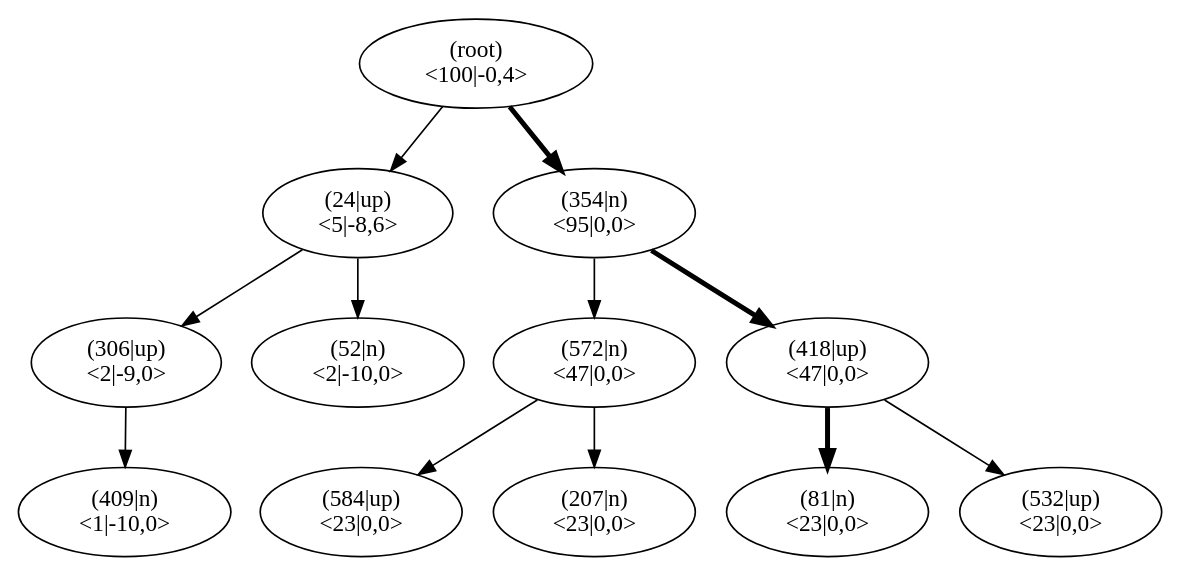
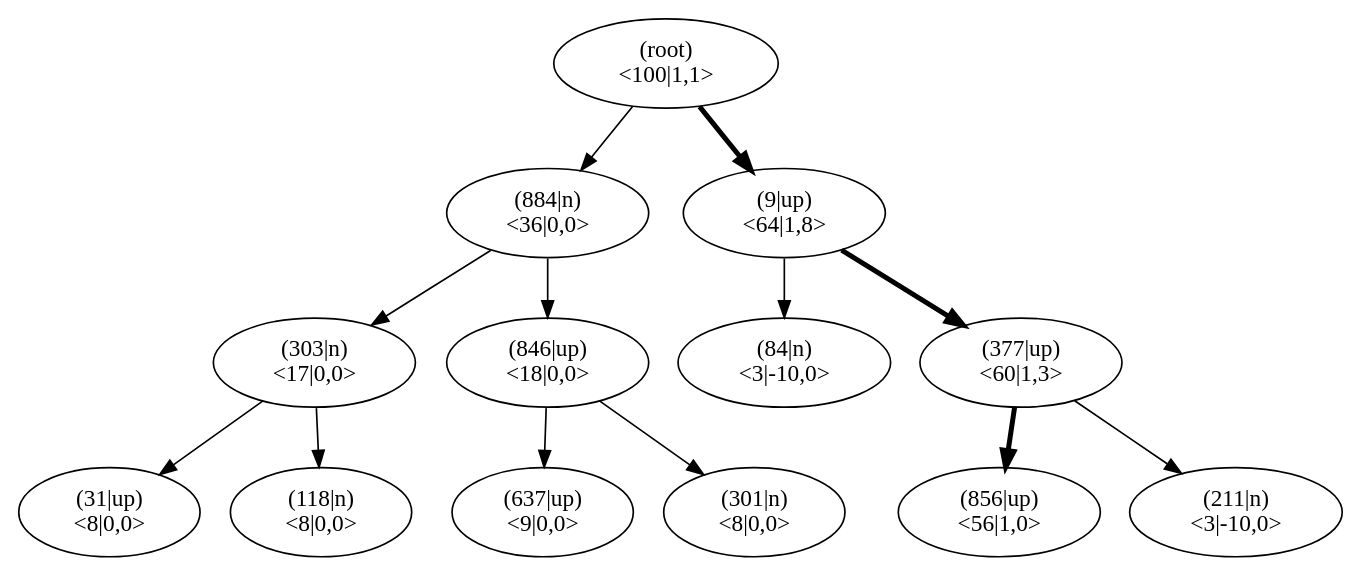
The diagram in pictures/ch13/climb_mctsHUNDREDiterHIGHEXP_NOTDEFBACKUP.dot (JonasHellgren/relexp-java), drawn with Graphviz before and after one commit. The commit also changed 37 other files, not shown here.

```diff
--- a/pictures/ch13/climb_mctsHUNDREDiterHIGHEXP_NOTDEFBACKUP.dot
+++ b/pictures/ch13/climb_mctsHUNDREDiterHIGHEXP_NOTDEFBACKUP.dot
@@ -1,38 +1,41 @@
 digraph MCTS {
 node [shape=ellipse];
 Nroot [label="(root)
-<100|-0,4>"];
-Nroot -> N24[penwidth=1];
-N24 [label="(24|up)
-<5|-8,6>"];
-N24 -> N306[penwidth=1];
-N306 [label="(306|up)
-<2|-9,0>"];
-N306 -> N409[penwidth=1];
-N409 [label="(409|n)
-<1|-10,0>"];
-N24 -> N52[penwidth=1];
-N52 [label="(52|n)
-<2|-10,0>"];
-Nroot -> N354[penwidth=3];
-N354 [label="(354|n)
-<95|0,0>"];
-N354 -> N572[penwidth=1];
-N572 [label="(572|n)
-<47|0,0>"];
-N572 -> N584[penwidth=1];
-N584 [label="(584|up)
-<23|0,0>"];
-N572 -> N207[penwidth=1];
-N207 [label="(207|n)
-<23|0,0>"];
-N354 -> N418[penwidth=3];
-N418 [label="(418|up)
-<47|0,0>"];
-N418 -> N81[penwidth=3];
-N81 [label="(81|n)
-<23|0,0>"];
-N418 -> N532[penwidth=1];
-N532 [label="(532|up)
-<23|0,0>"];
+<100|1,1>"];
+Nroot -> N884[penwidth=1];
+N884 [label="(884|n)
+<36|0,0>"];
+N884 -> N303[penwidth=1];
+N303 [label="(303|n)
+<17|0,0>"];
+N303 -> N31[penwidth=1];
+N31 [label="(31|up)
+<8|0,0>"];
+N303 -> N118[penwidth=1];
+N118 [label="(118|n)
+<8|0,0>"];
+N884 -> N846[penwidth=1];
+N846 [label="(846|up)
+<18|0,0>"];
+N846 -> N637[penwidth=1];
+N637 [label="(637|up)
+<9|0,0>"];
+N846 -> N301[penwidth=1];
+N301 [label="(301|n)
+<8|0,0>"];
+Nroot -> N9[penwidth=3];
+N9 [label="(9|up)
+<64|1,8>"];
+N9 -> N84[penwidth=1];
+N84 [label="(84|n)
+<3|-10,0>"];
+N9 -> N377[penwidth=3];
+N377 [label="(377|up)
+<60|1,3>"];
+N377 -> N856[penwidth=3];
+N856 [label="(856|up)
+<56|1,0>"];
+N377 -> N211[penwidth=1];
+N211 [label="(211|n)
+<3|-10,0>"];
 }
```
